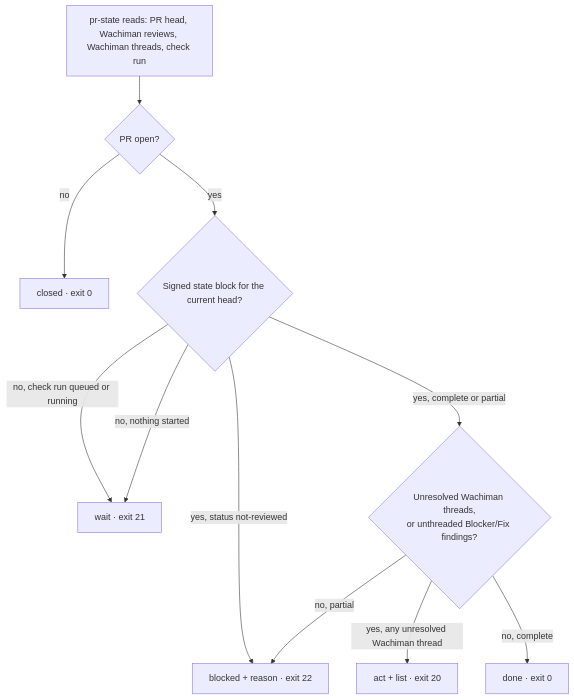
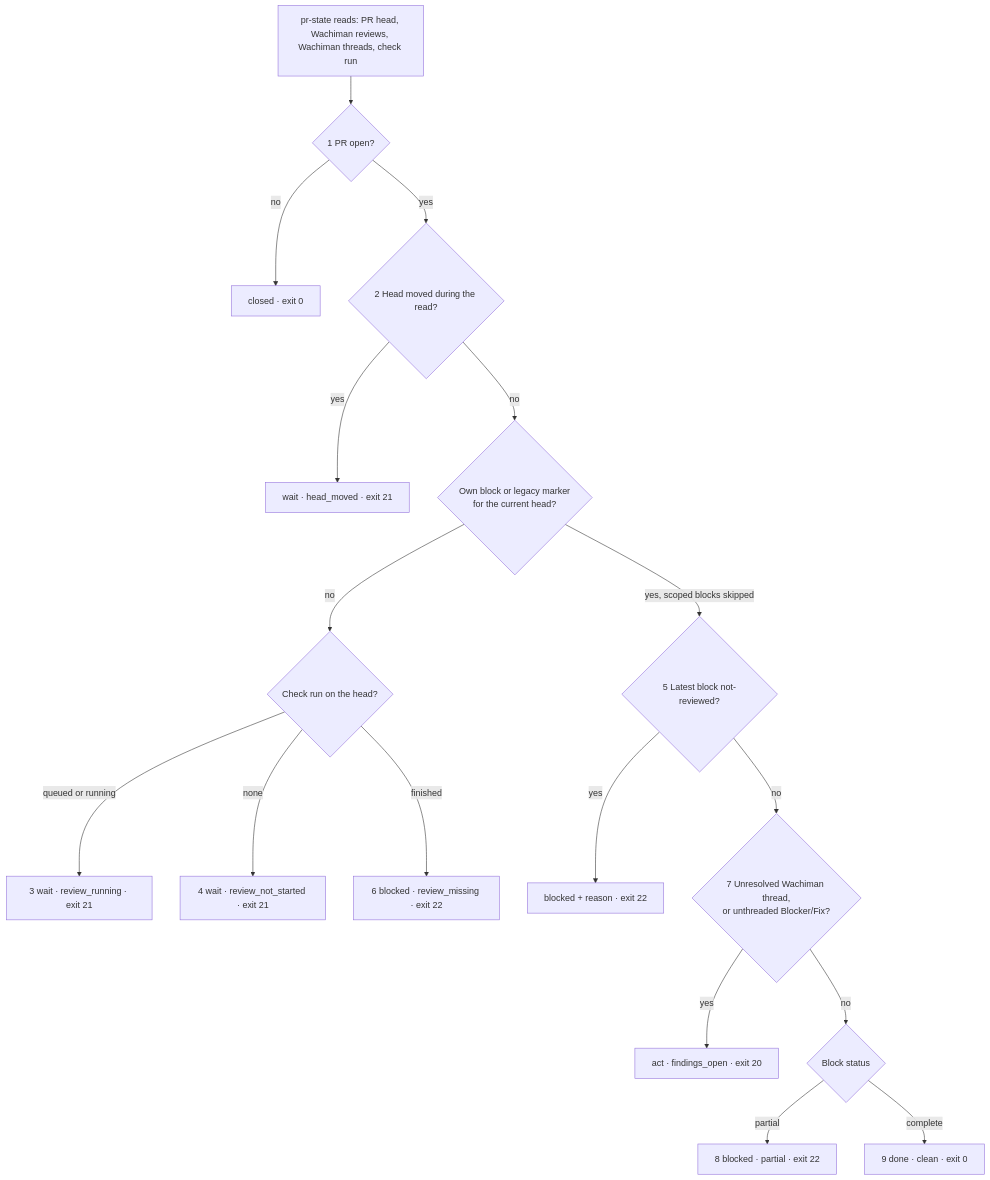
One commit to niway-dev/wachiman changed the diagram in docs/specs/2026-11-19-pr-state-design.md. Above: the diagram before and after it, drawn with Mermaid. The commit also changed other lines of this file and 1 other file, not shown here.

Commit message:
docs(spec): fix ADR citations, flowchart, done definition and rule-table notes
- Cite ADR 0036 decision 1 (signed-footer-only marker reading) as the rule
  being extended, not ADR 0011 decision 2; cite ADR 0021 beside ADR 0001
  for the hosted-receiver non-goal.
- `done` also requires no Blocker or Fix finding counted outside a thread
  (ADR decision 6 and AC8), as rule-table row 7 already implied.
- Redraw the flowchart to follow rule-table rows 1 to 9, including row 6
  and the scoped-block skip.
- Notes: how unthreaded findings clear, the `unthreaded_blocking`
  definition, and which block wins on a rerun.

Layer: 2
Needs-ok: yes

````diff
--- a/docs/specs/2026-11-19-pr-state-design.md
+++ b/docs/specs/2026-11-19-pr-state-design.md
@@ -20,13 +20,19 @@
 ```mermaid
 flowchart TD
-  P[pr-state reads: PR head, Wachiman reviews, Wachiman threads, check run] --> C{PR open?}
-  C -- no --> X[closed · exit 0]
-  C -- yes --> H{Signed state block for the current head?}
-  H -- no, check run queued or running --> W[wait · exit 21]
-  H -- no, nothing started --> W
-  H -- yes, status not-reviewed --> B[blocked + reason · exit 22]
-  H -- yes, complete or partial --> T{Unresolved Wachiman threads,<br/>or unthreaded Blocker/Fix findings?}
-  T -- yes, any unresolved Wachiman thread --> A[act + list · exit 20]
-  T -- no, partial --> B
-  T -- no, complete --> D[done · exit 0]
+  P[pr-state reads: PR head, Wachiman reviews, Wachiman threads, check run] --> R1{1 PR open?}
+  R1 -- no --> X[closed · exit 0]
+  R1 -- yes --> R2{2 Head moved during the read?}
+  R2 -- yes --> W1[wait · head_moved · exit 21]
+  R2 -- no --> R3{Own block or legacy marker<br/>for the current head?}
+  R3 -- no --> K{Check run on the head?}
+  K -- queued or running --> W2[3 wait · review_running · exit 21]
+  K -- none --> W3[4 wait · review_not_started · exit 21]
+  K -- finished --> B2[6 blocked · review_missing · exit 22]
+  R3 -- yes, scoped blocks skipped --> R5{5 Latest block not-reviewed?}
+  R5 -- yes --> B1[blocked + reason · exit 22]
+  R5 -- no --> R7{7 Unresolved Wachiman thread,<br/>or unthreaded Blocker/Fix?}
+  R7 -- yes --> A[act · findings_open · exit 20]
+  R7 -- no --> R8{Block status}
+  R8 -- partial --> B3[8 blocked · partial · exit 22]
+  R8 -- complete --> D[9 done · clean · exit 0]
 ```
````
